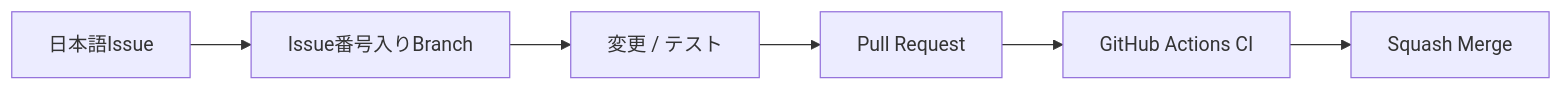
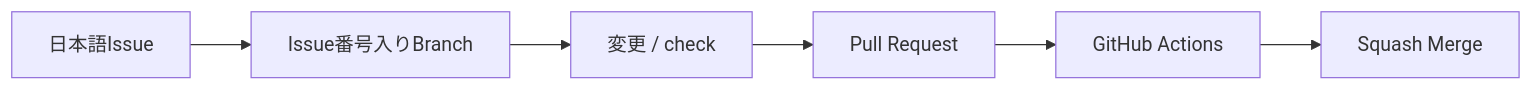
One commit to k-systems202208/python-sqlite-tailscale-webapp-template changed the sixth of 8 diagrams in README.md. Above: the diagram before and after it, drawn with Mermaid. The commit also changed other lines of this file and 42 other files, not shown here.

````diff
--- a/README.md
+++ b/README.md
@@ -227,8 +245,8 @@
 ```mermaid
 flowchart LR
     I["日本語Issue"] --> B["Issue番号入りBranch"]
-    B --> C["変更 / テスト"]
+    B --> C["変更 / check"]
     C --> P["Pull Request"]
-    P --> CI["GitHub Actions CI"]
+    P --> CI["GitHub Actions"]
     CI --> M["Squash Merge"]
 ```
````
